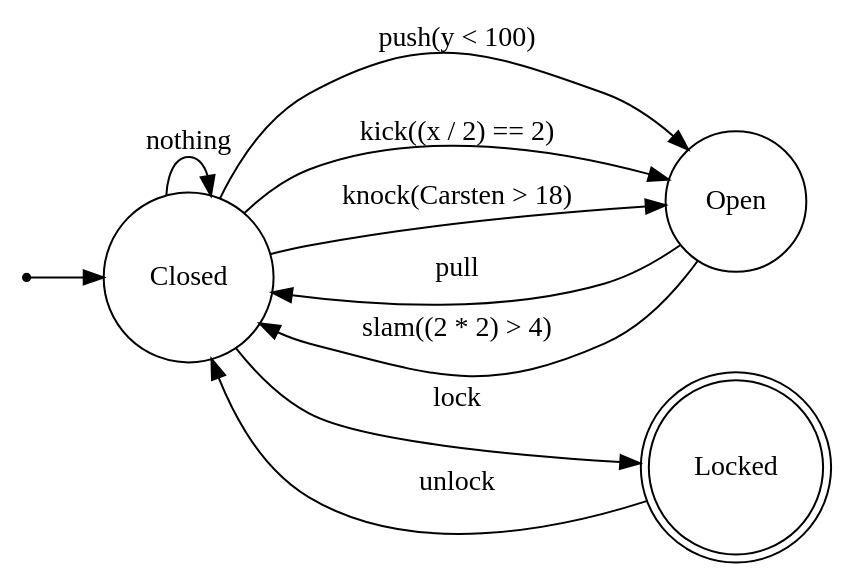
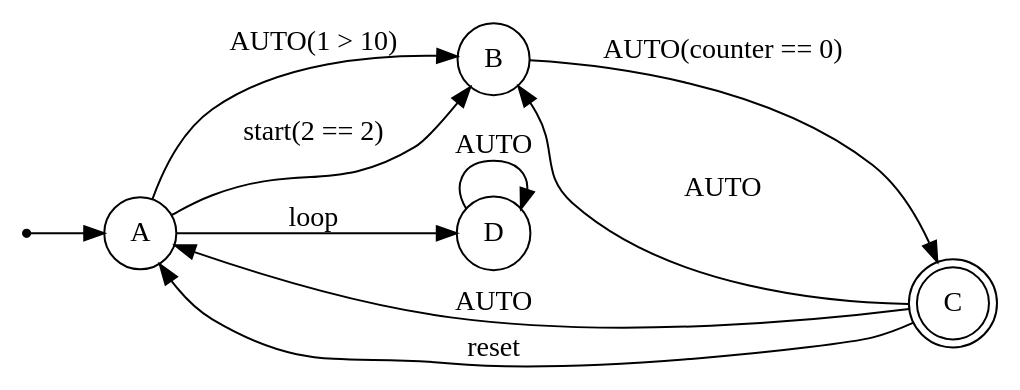
One commit to P4-Group2-Compiler/P4-State-Lang changed the diagram in output/DOT/graph.gv. Above: the diagram before and after it, drawn with Graphviz. The commit also changed 8 other files, not shown here.

```diff
--- a/output/DOT/graph.gv
+++ b/output/DOT/graph.gv
@@ -1,15 +1,15 @@
 digraph Door {
  rankdir = LR;
  node [shape = circle;];
  null [shape = point;];
-null -> Closed;
-Closed -> Closed [label="nothing"];
-Closed -> Open [label="push(y < 100)"];
-Closed -> Open [label="kick((x / 2) == 2)"];
-Closed -> Open [label="knock(Carsten > 18)"];
-Closed -> Locked [label="lock"];
-Open -> Closed [label="pull"];
-Open -> Closed [label="slam((2 * 2) > 4)"];
-Locked -> Closed [label="unlock"];
-Locked [shape = doublecircle;];
+null -> A;
+A -> B [label="AUTO(1 > 10)"];
+A -> B [label="start(2 == 2)"];
+A -> D [label="loop"];
+B -> C [label="AUTO(counter == 0)"];
+C -> A [label="AUTO"];
+C -> B [label="AUTO"];
+C -> A [label="reset"];
+D -> D [label="AUTO"];
+C [shape = doublecircle;];
 }
```
